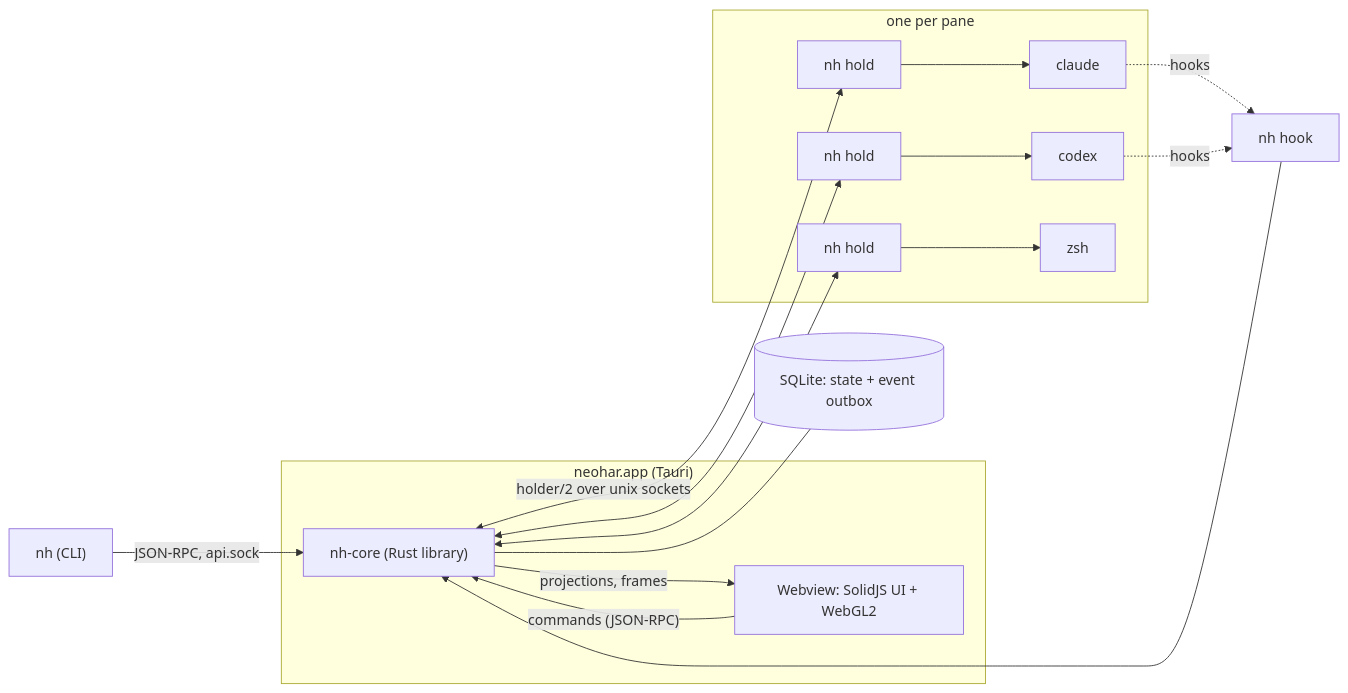
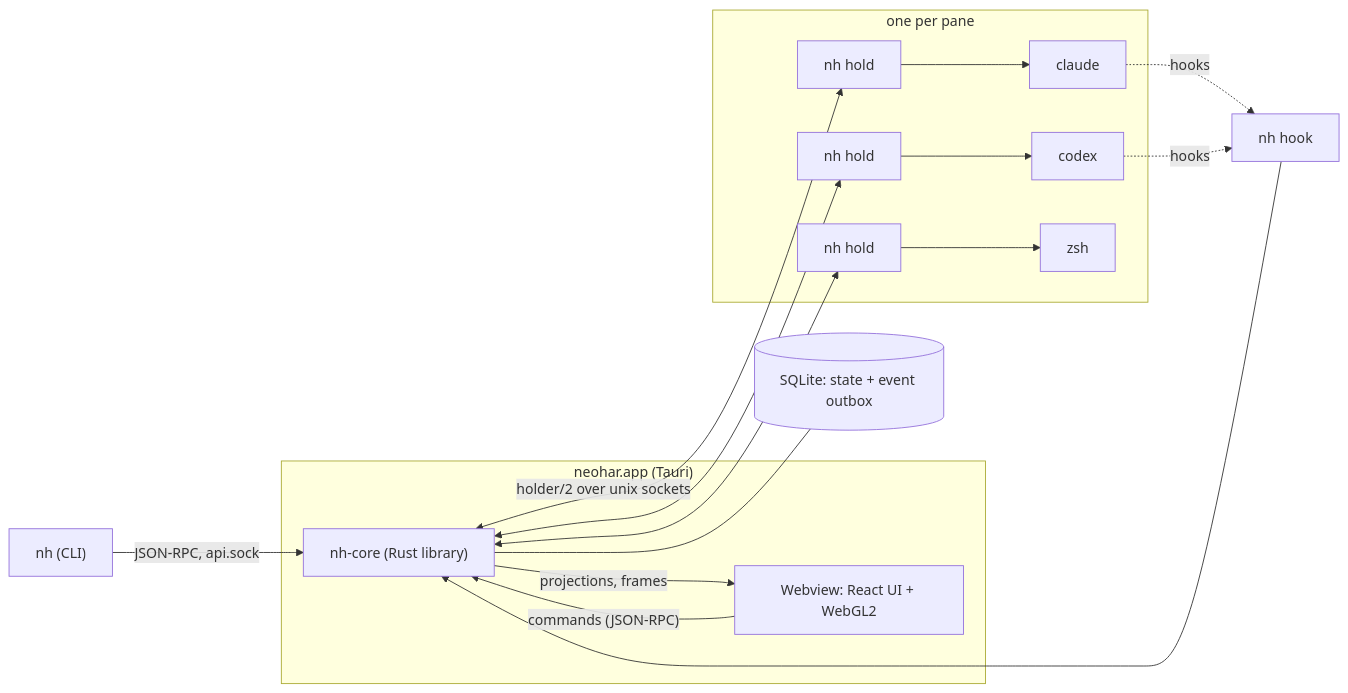
Before and after one commit to nikodem-wrona/neohar: the diagram in website/docs/intro.md, drawn with Mermaid. The commit also changed other lines of this file and 346 other files, not shown here.

First line of the commit message:
feat!: add workflows, a React webview and chats with Hermes Agent (#11)

````diff
--- a/website/docs/intro.md
+++ b/website/docs/intro.md
@@ -20,22 +20,22 @@
 ```mermaid
 flowchart LR
   subgraph app["neohar.app (Tauri)"]
     core["nh-core (Rust library)"]
-    webview["Webview: SolidJS UI + WebGL2"]
+    webview["Webview: React UI + WebGL2"]
     core -- "projections, frames" --> webview
     webview -- "commands (JSON-RPC)" --> core
   end
   subgraph holders["one per pane"]
     h1["nh hold"] --> p1["claude"]
     h2["nh hold"] --> p2["codex"]
     h3["nh hold"] --> p3["zsh"]
   end
   core <-- "holder/2 over unix sockets" --> h1
   core <--> h2
   core <--> h3
   p1 -. "hooks" .-> shim["nh hook"]
   p2 -. "hooks" .-> shim
   shim --> core
   cli["nh (CLI)"] -- "JSON-RPC, api.sock" --> core
   core --- db[("SQLite: state + event outbox")]
 ```
````
